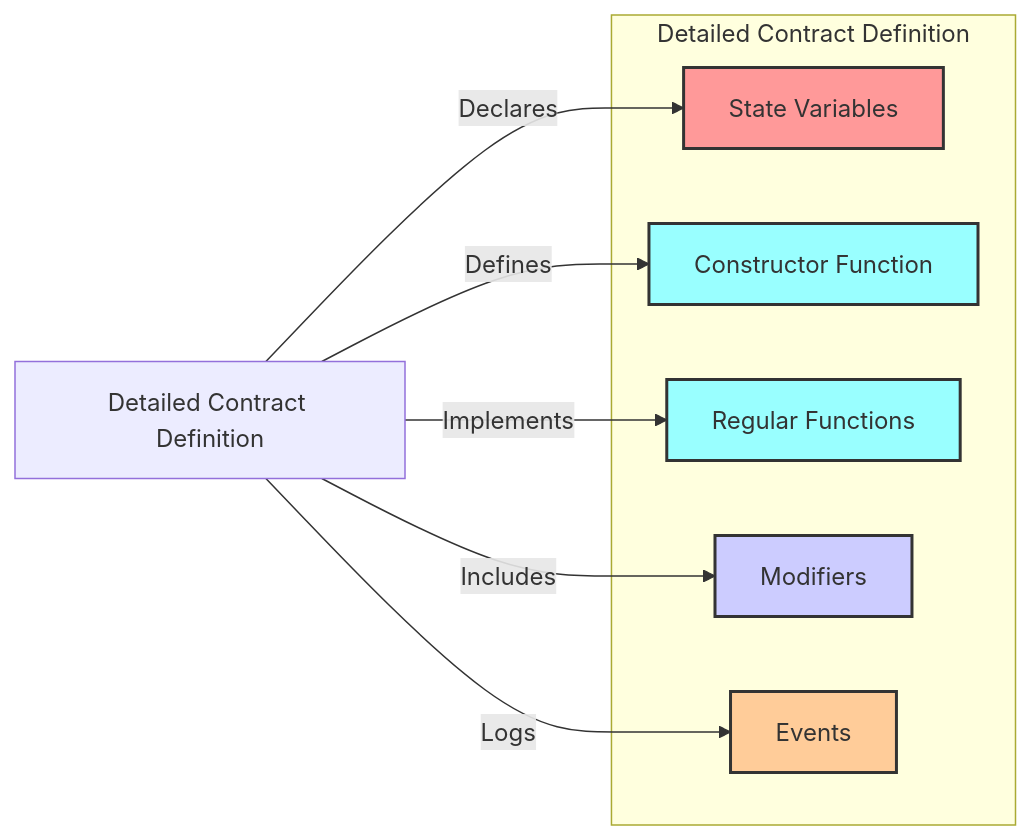
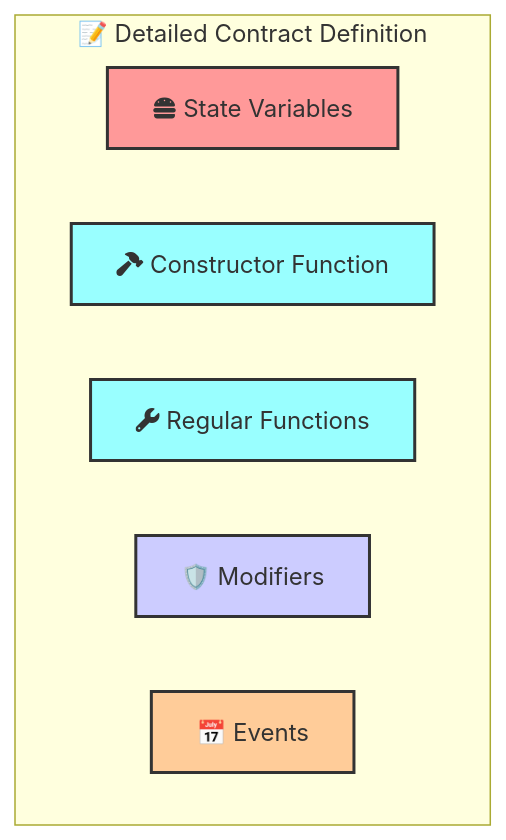
The third of 35 diagrams in _posts/2024-07-07-introduction-to-solidity.md (kelvin-bz/blog), drawn with Mermaid before and after one commit. The commit also changed other lines of this file, not shown here.

Commit message:
Add examples from real world contract

````diff
--- a/_posts/2024-07-07-introduction-to-solidity.md
+++ b/_posts/2024-07-07-introduction-to-solidity.md
@@ -233,34 +234,23 @@
 ```mermaid
-graph LR
+graph 
     classDef license fill:#f9f,stroke:#333,stroke-width:2px;
     classDef pragma fill:#ff9,stroke:#333,stroke-width:2px;
     classDef import fill:#9f9,stroke:#333,stroke-width:2px;
     classDef contract fill:#99f,stroke:#333,stroke-width:2px;
     classDef interface fill:#fcf,stroke:#333,stroke-width:2px;
     classDef state fill:#f99,stroke:#333,stroke-width:2px;
     classDef function fill:#9ff,stroke:#333,stroke-width:2px;
     classDef event fill:#fc9,stroke:#333,stroke-width:2px;
     classDef modifier fill:#ccf,stroke:#333,stroke-width:2px;
 
-    contractDetails["Detailed Contract Definition"]
-    stateVariables["State Variables"]:::state
-    constructorFunction["Constructor Function"]:::function
-    regularFunctions["Regular Functions"]:::function
-    modifiers["Modifiers"]:::modifier
-    events["Events"]:::event
-
-    contractDetails -->|Declares| stateVariables
-    contractDetails -->|Defines| constructorFunction
-    contractDetails -->|Implements| regularFunctions
-    contractDetails -->|Includes| modifiers
-    contractDetails -->|Logs| events
-
-    subgraph detailedContractStructure["Detailed Contract Definition"]
-        stateVariables
-        constructorFunction
-        regularFunctions
-        modifiers
-        events
+    subgraph contractDetails["📝 Detailed Contract Definition"]
+        stateVariables["fa:fa-hamburger State Variables"]:::state
+        constructorFunction["fa:fa-hammer Constructor Function"]:::function
+        regularFunctions["fa:fa-wrench Regular Functions"]:::function
+        modifiers["🛡️ Modifiers"]:::modifier
+        events["📅 Events"]:::event
     end
 
+  
+
 ```
````
